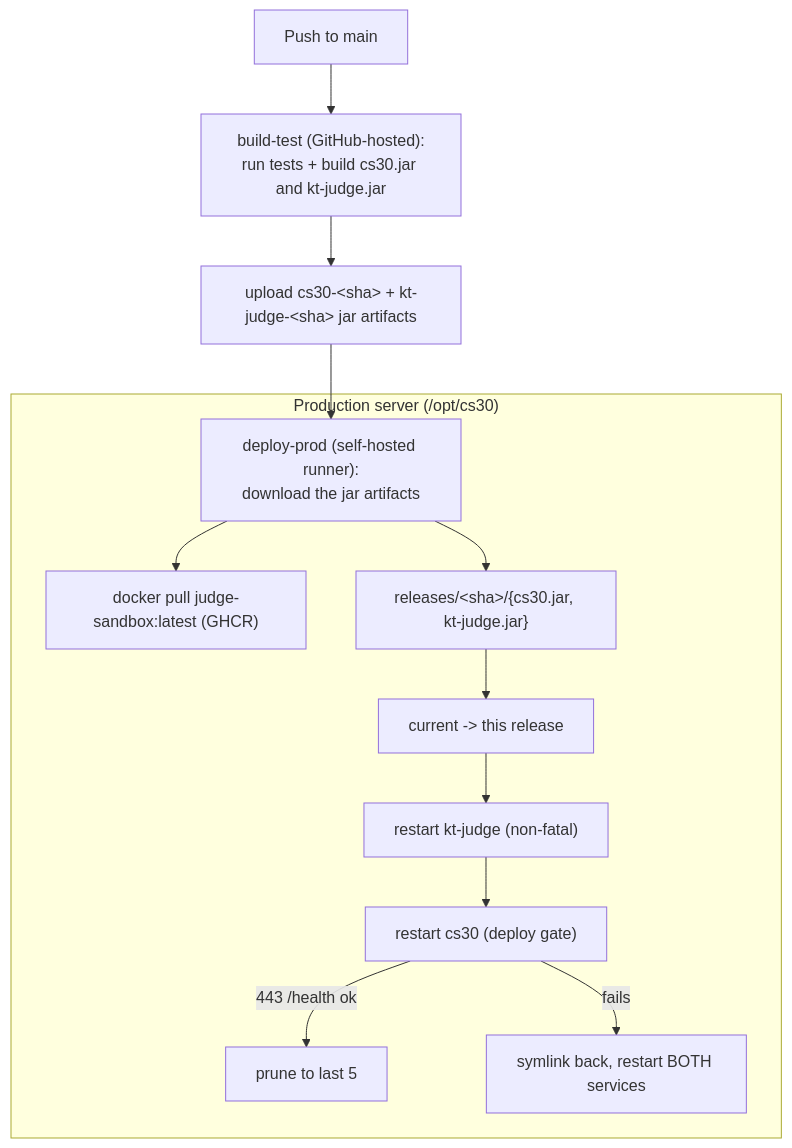
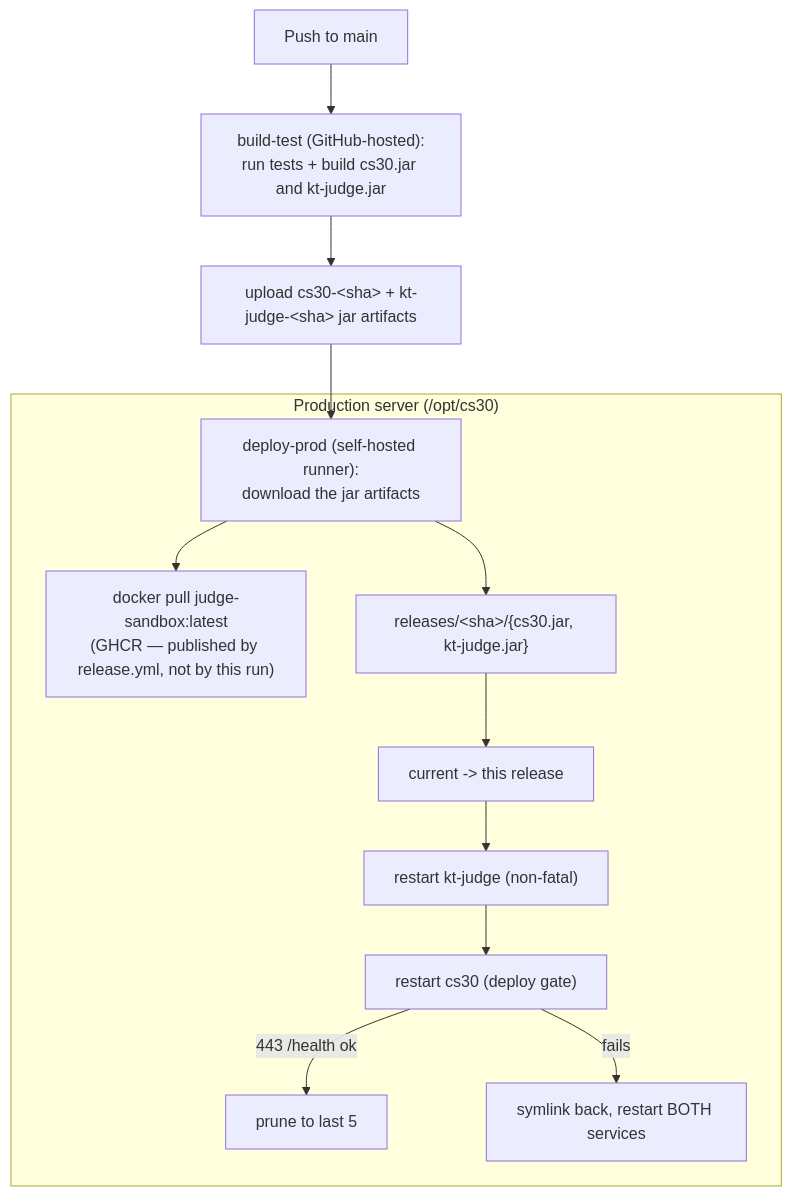
The diagram in docs/internal/deployment/overview.md (SJSU-CS-systems-group/cs30), drawn with Mermaid before and after one commit. The commit also changed other lines of this file and 7 other files, not shown here.

````diff
--- a/docs/internal/deployment/overview.md
+++ b/docs/internal/deployment/overview.md
@@ -26,15 +26,15 @@
 ```mermaid
 flowchart TB
   push["Push to main"] --> build["build-test (GitHub-hosted):\nrun tests + build cs30.jar and kt-judge.jar"]
   build --> art["upload cs30-&lt;sha&gt; + kt-judge-&lt;sha&gt; jar artifacts"]
   art --> deploy["deploy-prod (self-hosted runner):\ndownload the jar artifacts"]
   subgraph server["Production server (/opt/cs30)"]
-    deploy --> ghcr["docker pull judge-sandbox:latest (GHCR)"]
+    deploy --> ghcr["docker pull judge-sandbox:latest\n(GHCR — published by release.yml, not by this run)"]
     deploy --> rel["releases/&lt;sha&gt;/{cs30.jar, kt-judge.jar}"]
     rel --> link["current -> this release"]
     link --> rj["restart kt-judge (non-fatal)"]
     rj --> rb["restart cs30 (deploy gate)"]
     rb -->|443 /health ok| done["prune to last 5"]
     rb -->|fails| rollback["symlink back, restart BOTH services"]
   end
 ```
````
